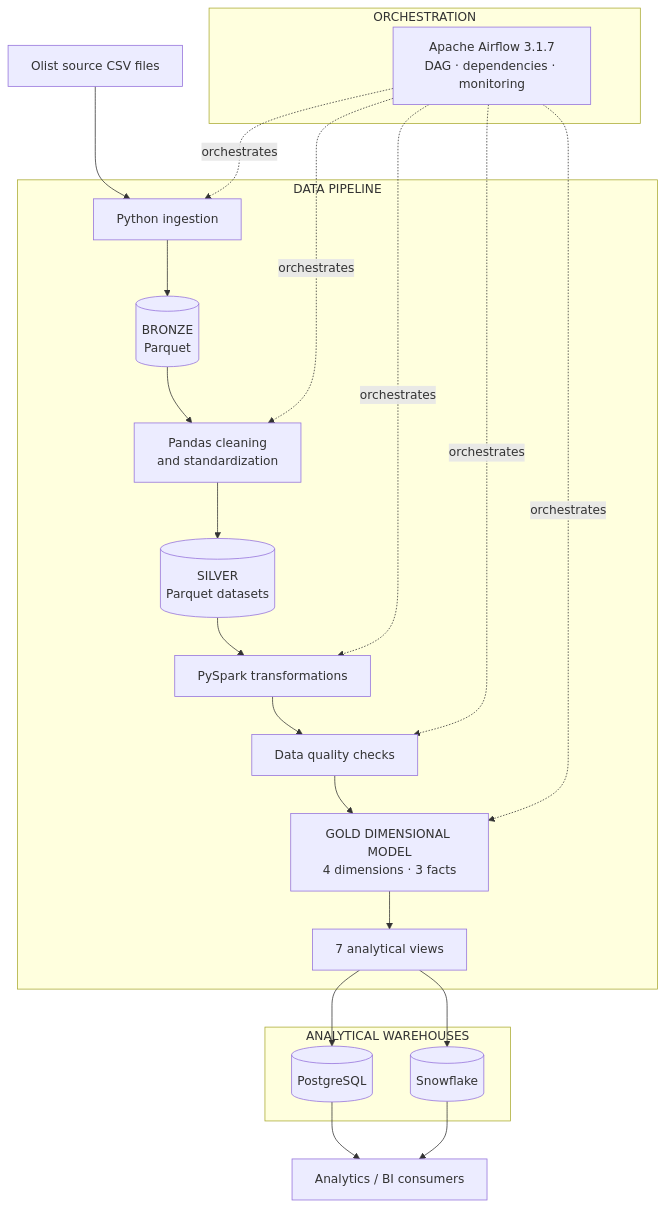
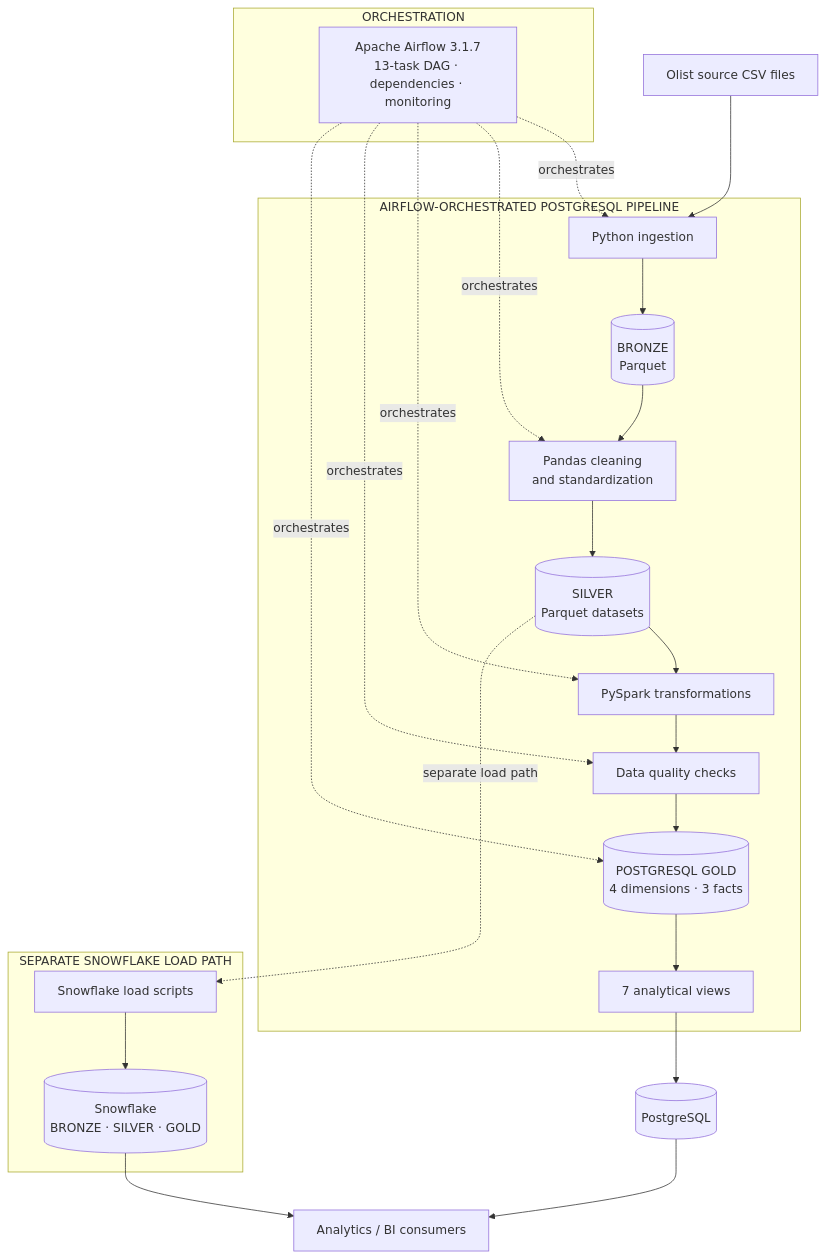
One commit to ViNkiNG1008/CommerceFlow changed the first of 3 diagrams in README.md. Above: the diagram before and after it, drawn with Mermaid. The commit also changed other lines of this file and 3 other files, not shown here.

Commit message:
docs: add architecture and pipeline diagrams

````diff
--- a/README.md
+++ b/README.md
@@ -80,39 +163,41 @@
-``` mermaid
+```mermaid
 flowchart TB
     SRC["Olist source CSV files"]
 
     subgraph ORCH["ORCHESTRATION"]
-        AF["Apache Airflow 3.1.7<br/>DAG · dependencies · monitoring"]
+        AF["Apache Airflow 3.1.7<br/>13-task DAG · dependencies · monitoring"]
     end
 
-    subgraph PIPE["DATA PIPELINE"]
+    subgraph PIPE["AIRFLOW-ORCHESTRATED POSTGRESQL PIPELINE"]
         ING["Python ingestion"]
         BR[("BRONZE<br/>Parquet")]
         PD["Pandas cleaning<br/>and standardization"]
         SI[("SILVER<br/>Parquet datasets")]
         SP["PySpark transformations"]
         QC["Data quality checks"]
-        GD["GOLD DIMENSIONAL MODEL<br/>4 dimensions · 3 facts"]
+        GD[("POSTGRESQL GOLD<br/>4 dimensions · 3 facts")]
         VW["7 analytical views"]
         ING --> BR --> PD --> SI --> SP --> QC --> GD --> VW
     end
 
-    subgraph WH["ANALYTICAL WAREHOUSES"]
-        PG[("PostgreSQL")]
-        SF[("Snowflake")]
+    subgraph CLOUD["SEPARATE SNOWFLAKE LOAD PATH"]
+        SFL["Snowflake load scripts"]
+        SF[("Snowflake<br/>BRONZE · SILVER · GOLD")]
+        SFL --> SF
     end
 
+    PG[("PostgreSQL")]
     BI["Analytics / BI consumers"]
 
     SRC --> ING
     VW --> PG
-    VW --> SF
+    SI -. separate load path .-> SFL
     PG --> BI
     SF --> BI
 
     AF -. orchestrates .-> ING
     AF -. orchestrates .-> PD
     AF -. orchestrates .-> SP
     AF -. orchestrates .-> QC
     AF -. orchestrates .-> GD
 ```
````
